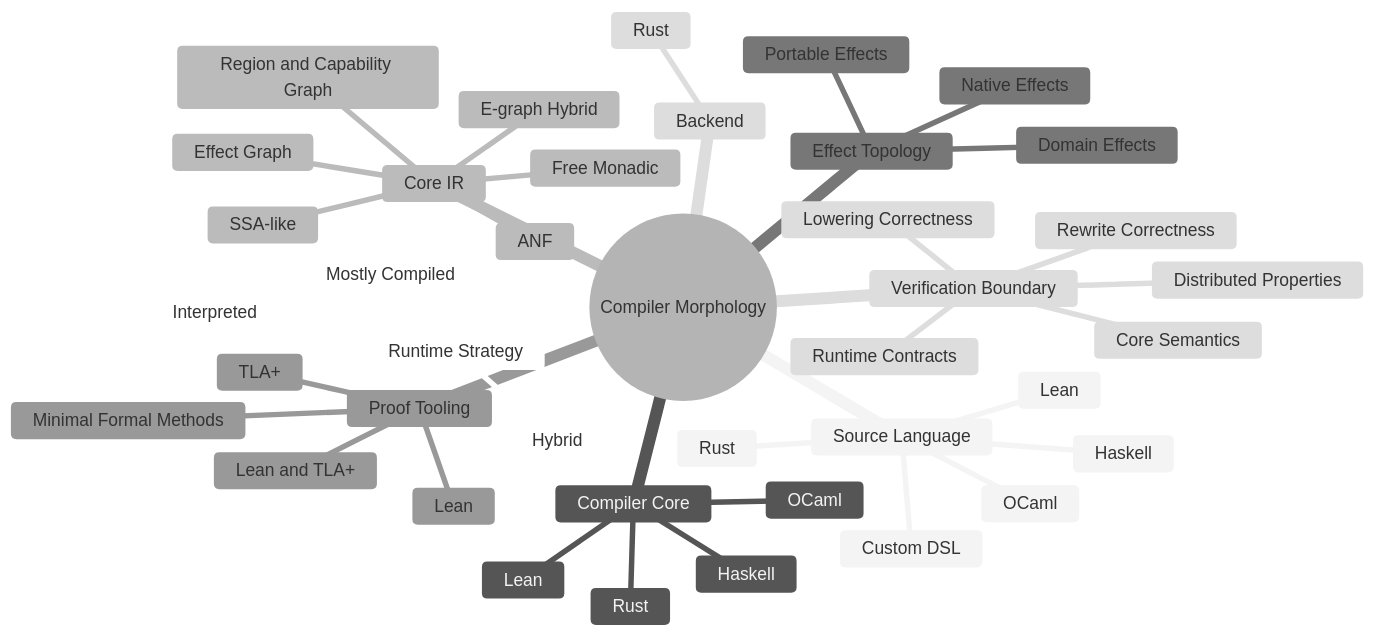
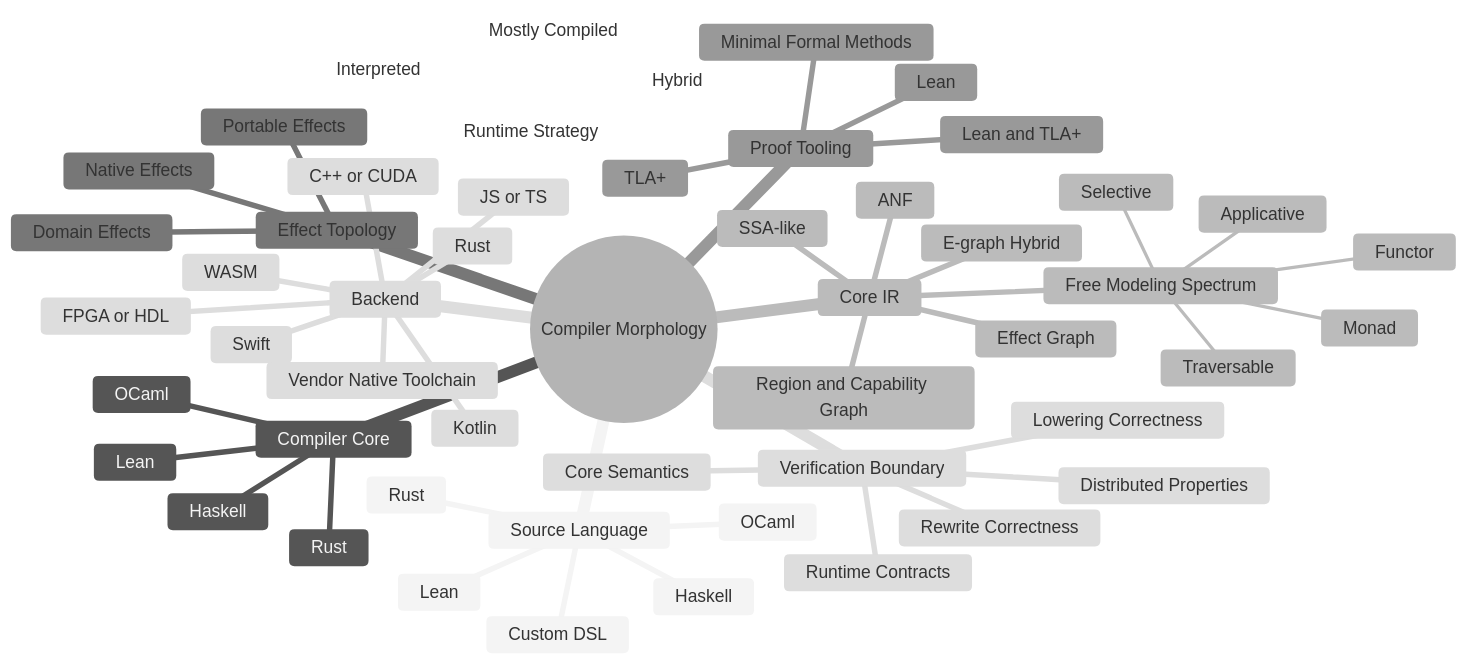
One commit to Tuee22/effectful changed the second of 24 diagrams in documents/dsl/dsl_compiler_morphology.md. Above: the diagram before and after it, drawn with Mermaid (neutral theme). The commit also changed other lines of this file and 8 other files, not shown here.

````diff
--- a/documents/dsl/dsl_compiler_morphology.md
+++ b/documents/dsl/dsl_compiler_morphology.md
@@ -182,43 +197,55 @@
 ```mermaid
 mindmap
   root((Compiler Morphology))
     Source Language
       Lean
       Haskell
       OCaml
       Rust
       Custom DSL
     Compiler Core
       Lean
       Haskell
       OCaml
       Rust
     Core IR
-      Free Monadic
+      Free Modeling Spectrum
+        Functor
+        Applicative
+        Selective
+        Monad
+        Traversable
       ANF
       SSA-like
       Effect Graph
       E-graph Hybrid
       Region and Capability Graph
     Effect Topology
       Portable Effects
       Domain Effects
       Native Effects
     Proof Tooling
       Lean
       TLA+
       Lean and TLA+
       Minimal Formal Methods
     Backend
       Rust
+      WASM
+      JS or TS
+      Swift
+      Kotlin
+      C++ or CUDA
+      FPGA or HDL
+      Vendor Native Toolchain
     Runtime Strategy
       Interpreted
       Hybrid
       Mostly Compiled
     Verification Boundary
       Core Semantics
       Rewrite Correctness
       Distributed Properties
       Lowering Correctness
       Runtime Contracts
 ```
````
